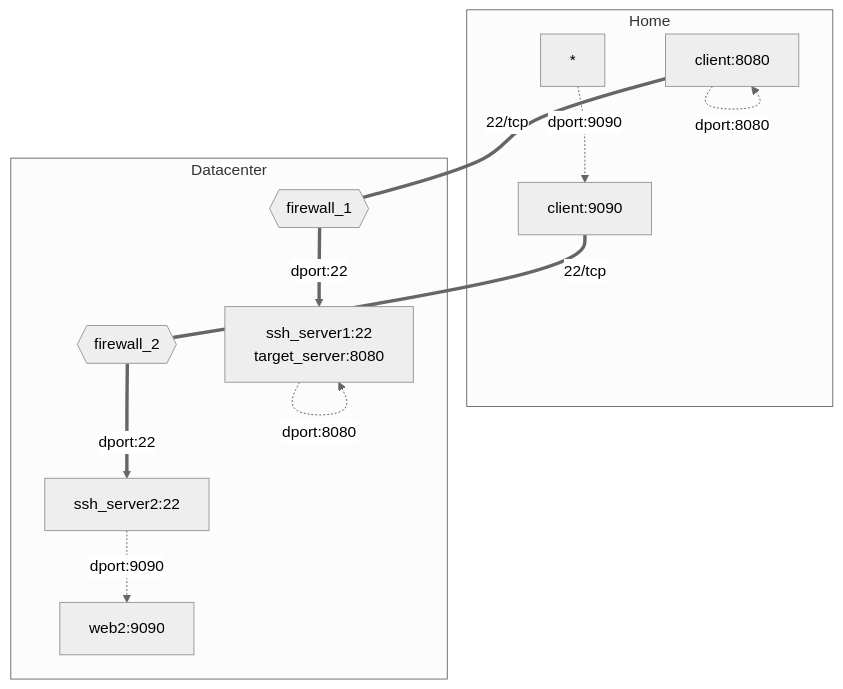
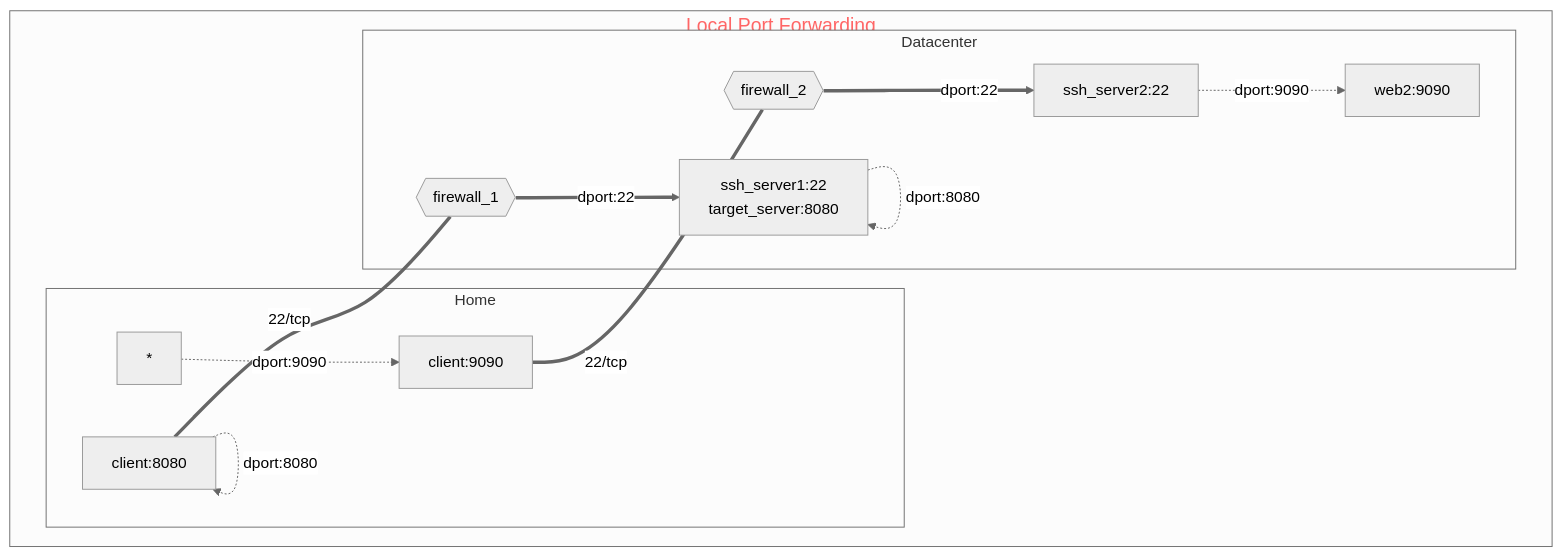
One commit to myseq/notes changed the fourth of 6 diagrams in markdown/diagrams.md. Above: the diagram before and after it, drawn with Mermaid (neutral theme).

````diff
--- a/markdown/diagrams.md
+++ b/markdown/diagrams.md
@@ -25,29 +25,45 @@
 ```mermaid
 graph TD
     cli_1[client:8080]
     cli_2[client:9090]
     fw1{{firewall_1}}
     fw2{{firewall_2}}
     sshd1["ssh_server1:22
              target_server:8080"]
     sshd2["ssh_server2:22"]
     web2["web2:9090"]
+ 
+    subgraph main[Local Port Forwarding]
+      
 
-    subgraph local[Home]
-    cli_1 -.-> |dport:8080| cli_1
-    end
+        subgraph local[Home]
+        cli_1 -.-> |dport:8080| cli_1
+        end
 
-    subgraph local[Home]
-    * -.-> |dport:9090| cli_2
-    end
+        subgraph local[Home]
+        * -.-> |dport:9090| cli_2
+        end
      
-    subgraph remote[Datacenter]
-    cli_2 === |22/tcp| fw2 ==> |dport:22| sshd2
-    sshd2 -.-> |dport:9090| web2
-    end
+        subgraph remote[Datacenter]
+        cli_2 === |22/tcp| fw2 ==> |dport:22| sshd2
+        sshd2 -.-> |dport:9090| web2
+        end
 
-    subgraph remote[Datacenter]
-    cli_1 === |22/tcp| fw1 ==> |dport:22| sshd1
-    sshd1 -.-> |dport:8080| sshd1
-    end
+        subgraph remote[Datacenter]
+        cli_1 === |22/tcp| fw1 ==> |dport:22| sshd1
+        sshd1 -.-> |dport:8080| sshd1
+        end
+
+      
+
+    end 
+
+    classDef title font-size:20px,color:#f66
+    classDef padding stroke:none,fill:none
+    classDef title2 color:#0ff
+
+    class main title
+    class remote title2
+
+    style local color:#0f0
 ```
````
